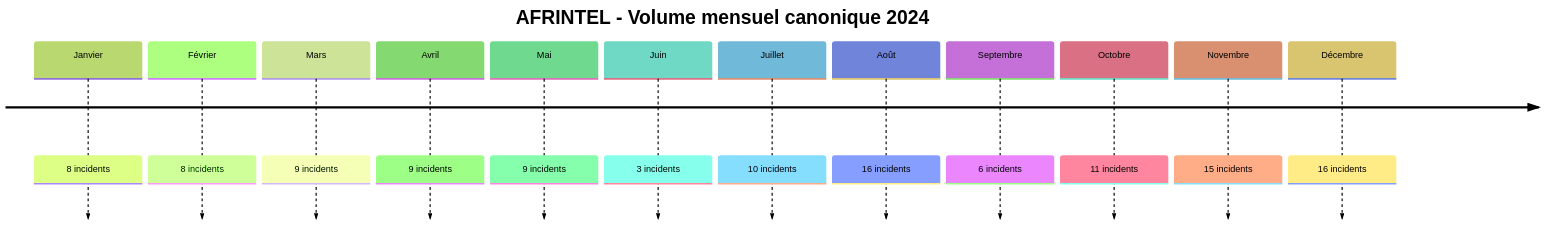
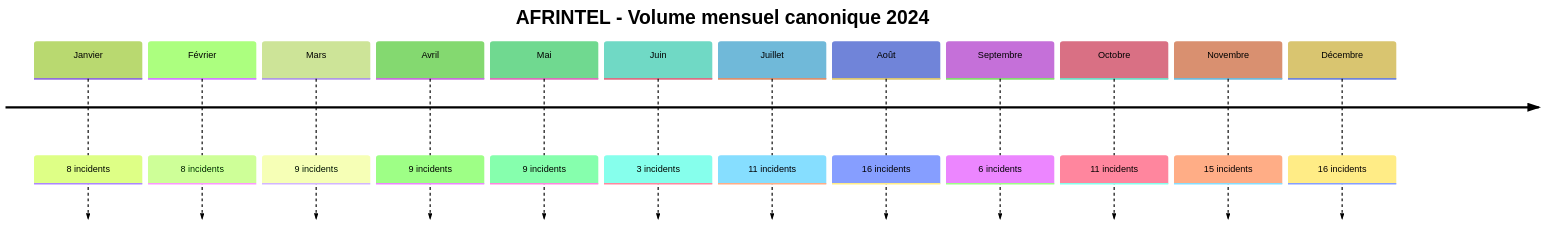
The first of 2 diagrams in CyberAttackAfrica/2024/README_FR.md (Hatchepsoute/AFRINTEL), drawn with Mermaid (forest theme) before and after one commit. The commit also changed other lines of this file and 43 other files, not shown here.

````diff
--- a/CyberAttackAfrica/2024/README_FR.md
+++ b/CyberAttackAfrica/2024/README_FR.md
@@ -48,16 +48,16 @@
 ```mermaid
 timeline
     title AFRINTEL - Volume mensuel canonique 2024
     Janvier : 8 incidents
     Février : 8 incidents
     Mars : 9 incidents
     Avril : 9 incidents
     Mai : 9 incidents
     Juin : 3 incidents
-    Juillet : 10 incidents
+    Juillet : 11 incidents
     Août : 16 incidents
     Septembre : 6 incidents
     Octobre : 11 incidents
     Novembre : 15 incidents
     Décembre : 16 incidents
 ```
````
